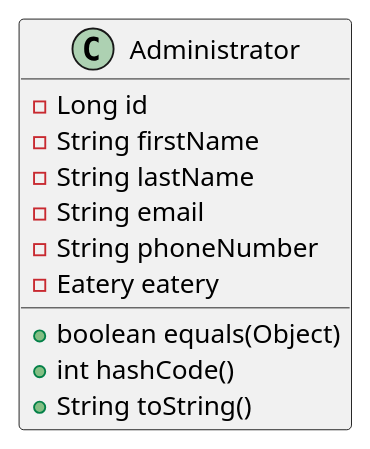
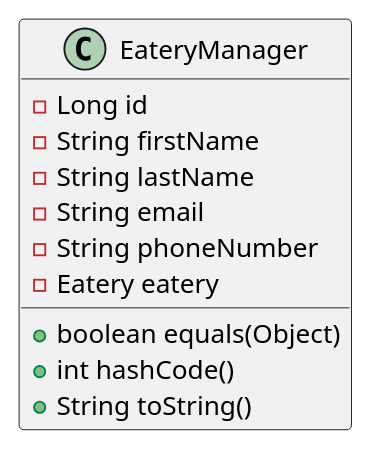
Before and after one commit to kyklospi/eatery: the diagram in diagram/administrator.puml, drawn with PlantUML. The commit also changed 16 other files, not shown here.

```diff
--- a/diagram/administrator.puml
+++ b/diagram/administrator.puml
@@ -1,13 +1,13 @@
 @startuml
-class Administrator {
+class EateryManager {
 - Long id
 - String firstName
 - String lastName
 - String email
 - String phoneNumber
 - Eatery eatery
 + boolean equals(Object)
 + int hashCode()
 + String toString()
 }
 @enduml
```
